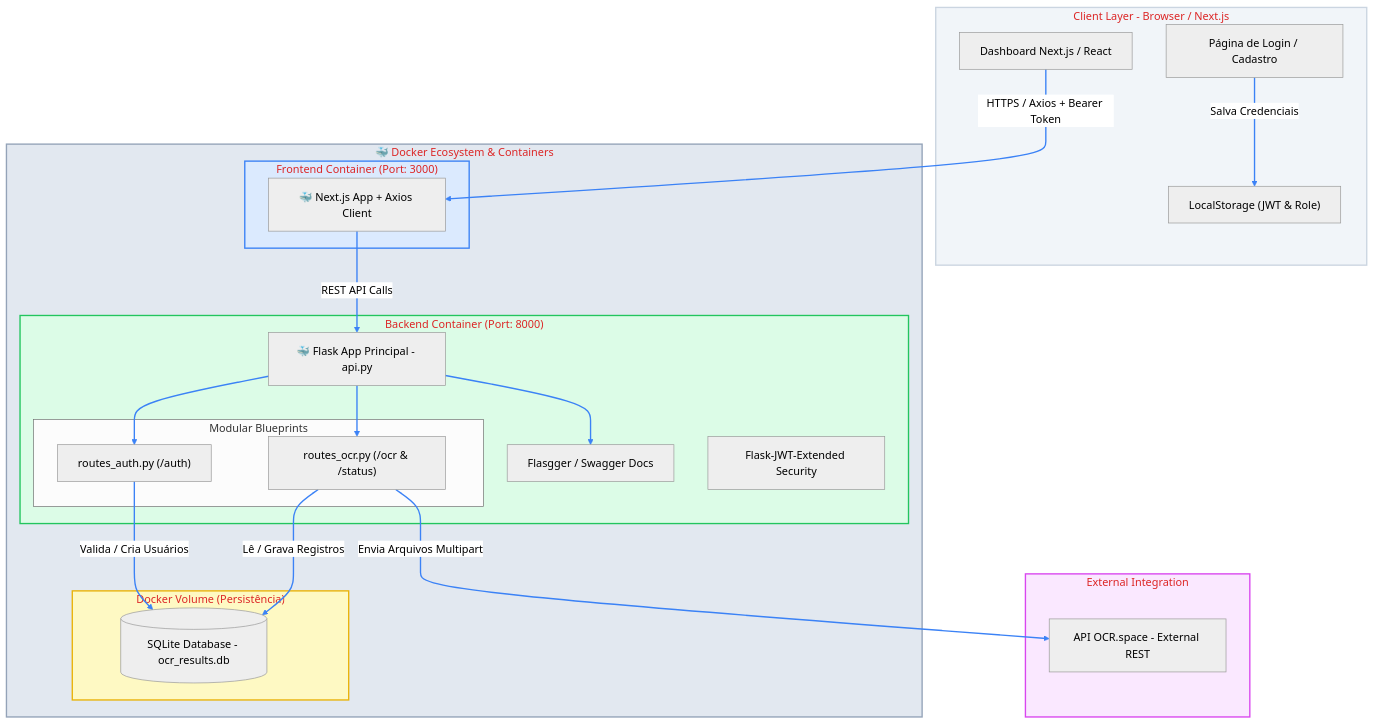
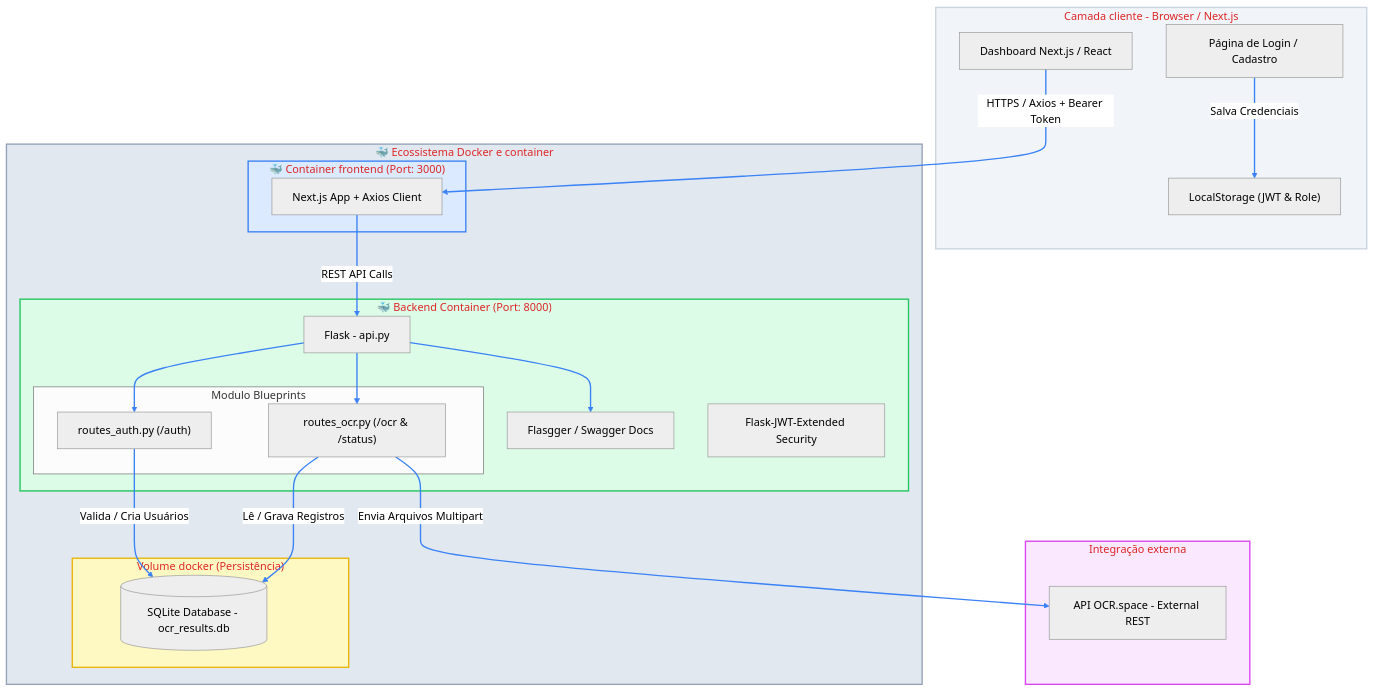
Before and after one commit to 7silasmelo7/frontendocr: the diagram in README.md, drawn with Mermaid (neutral theme).

````diff
--- a/README.md
+++ b/README.md
@@ -71,62 +71,62 @@
 ```mermaid
 graph TD
     %% Camada de Cliente / Frontend
-    subgraph Client ["Client Layer - Browser / Next.js"]
+    subgraph Client ["Camada cliente - Browser / Next.js"]
         UI["Dashboard Next.js / React"]
         AuthUI["Página de Login / Cadastro"]
         Store["LocalStorage (JWT & Role)"]
     end
 
     %% Ecossistema Docker
-    subgraph Docker ["🐳 Docker Ecosystem & Containers"]
+    subgraph Docker ["🐳 Ecossistema Docker e container "]
         
-        subgraph FE_Container ["Frontend Container (Port: 3000)"]
-            NextApp["🐳 Next.js App + Axios Client"]
+        subgraph FE_Container ["🐳 Container frontend (Port: 3000)"]
+            NextApp["Next.js App + Axios Client"]
         end
 
-        subgraph BE_Container ["Backend Container (Port: 8000)"]
-            FlaskCore["🐳 Flask App Principal - api.py"]
+        subgraph BE_Container ["🐳 Backend Container (Port: 8000)"]
+            FlaskCore["Flask - api.py"]
             SwaggerUI["Flasgger / Swagger Docs"]
             
-            subgraph Blueprints ["Modular Blueprints"]
+            subgraph Blueprints ["Modulo Blueprints"]
                 AuthBP["routes_auth.py (/auth)"]
                 OcrBP["routes_ocr.py (/ocr & /status)"]
             end
             
             JWT["Flask-JWT-Extended Security"]
         end
 
-        subgraph Volume ["Docker Volume (Persistência)"]
+        subgraph Volume ["Volume docker (Persistência)"]
             DB[(SQLite Database - ocr_results.db)]
         end
     end
 
     %% Integração Externa
-    subgraph External ["External Integration"]
+    subgraph External ["Integração externa"]
         OCRAPI["API OCR.space - External REST"]
     end
 
     %% Conexões e Fluxos
     UI -->|HTTPS / Axios + Bearer Token| NextApp
     AuthUI -->|Salva Credenciais| Store
     NextApp -->|REST API Calls| FlaskCore
     
     FlaskCore --> AuthBP
     FlaskCore --> OcrBP
     FlaskCore --> SwaggerUI
     
     AuthBP -->|Valida / Cria Usuários| DB
     OcrBP -->|Lê / Grava Registros| DB
     OcrBP -->|Envia Arquivos Multipart| OCRAPI
 
     %% Estilização aplicada (caixas e textos em vermelho)
     style Client fill:#f1f5f9,stroke:#cbd5e1,stroke-width:2px,color:#dc2626
     style Docker fill:#e2e8f0,stroke:#94a3b8,stroke-width:2px,color:#dc2626
     style FE_Container fill:#dbeafe,stroke:#3b82f6,stroke-width:2px,color:#dc2626
     style BE_Container fill:#dcfce7,stroke:#22c55e,stroke-width:2px,color:#dc2626
     style Volume fill:#fef9c3,stroke:#eab308,stroke-width:2px,color:#dc2626
     style External fill:#fae8ff,stroke:#d946ef,stroke-width:2px,color:#dc2626
 
     %% Estilização das setas (Azul)
     linkStyle 0,1,2,3,4,5,6,7,8 stroke:#3b82f6,stroke-width:2px;
 ```
````
